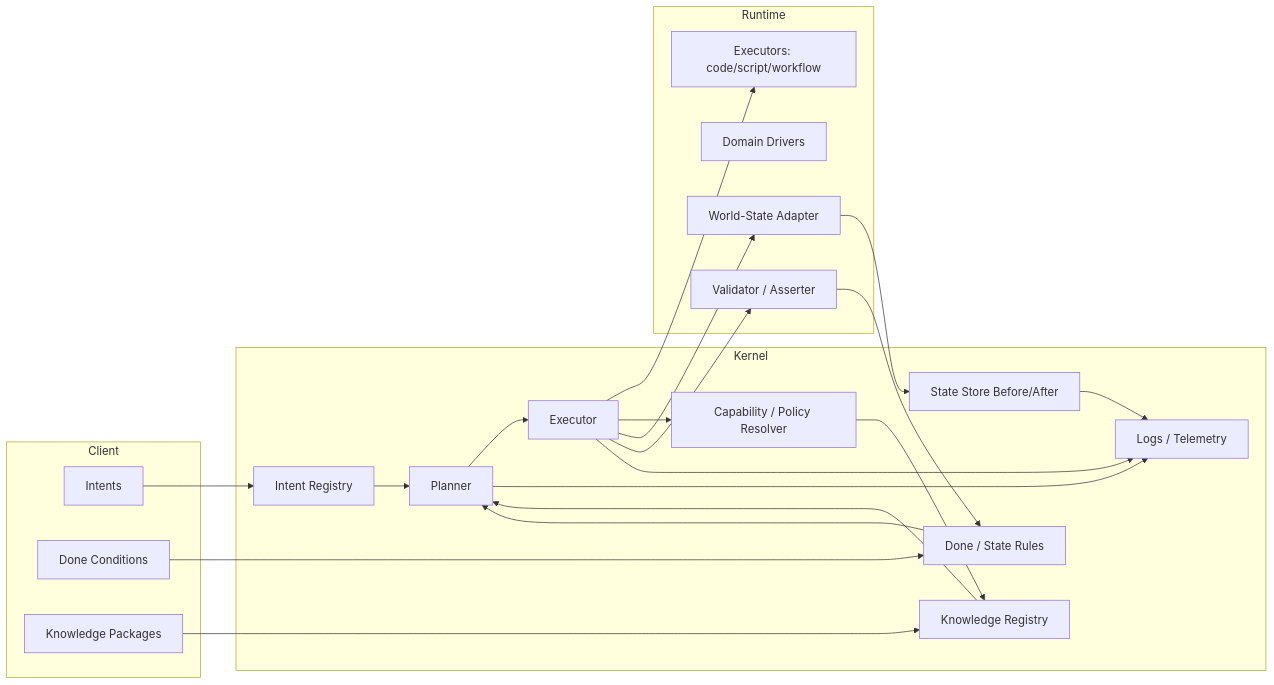
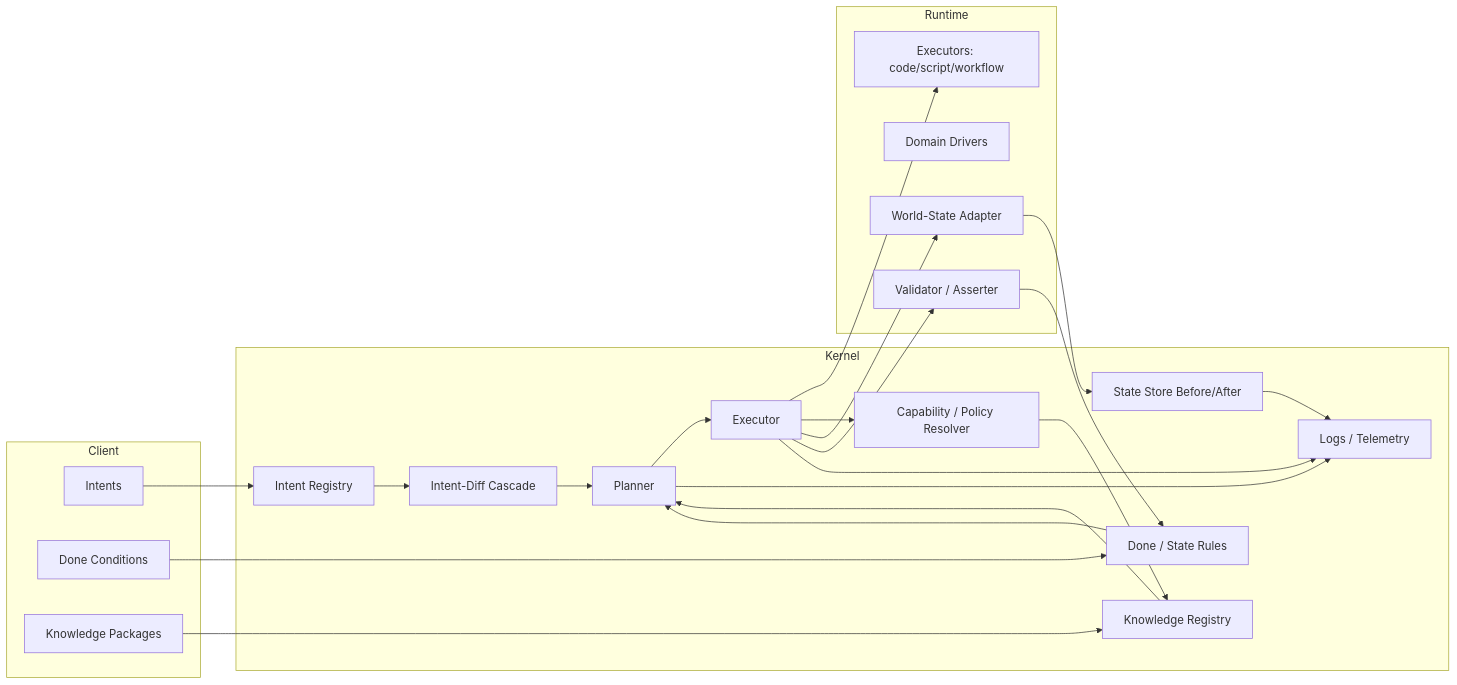
One commit to pikovolt/IKDD_Runtime changed the first of 3 diagrams in docs/Intent_OS_Architecture.md. Above: the diagram before and after it, drawn with Mermaid. The commit also changed 2 other files, not shown here.

Commit message:
docs: Add Intent OS Architecture Overview and update documentation (#48)
* docs: Update Intent OS Architecture to include Intent-Diff Cascade

Add DIFF (Intent-Diff Cascade) component to the Kernel subsystem
and update the data flow diagram to reflect the new architecture
where Intent Registry flows through DIFF before reaching the Planner.

* docs: Add Intent OS Architecture Overview document

Add comprehensive overview document explaining Intent OS core concepts,
architecture layers, Intent-Diff Cascade mechanism, and comparison
with traditional development approaches and other modeling methods.

* docs: Update README to include Intent OS Architecture Overview link

Update main README with refined wording and add link to the new
Intent OS Architecture Overview document in the Concepts & Philosophy
section.

---------

````diff
--- a/docs/Intent_OS_Architecture.md
+++ b/docs/Intent_OS_Architecture.md
@@ -5,50 +5,52 @@
 ```mermaid
 flowchart LR
     subgraph Client
         I[Intents]
         DSpec[Done Conditions]
         Ksnip[Knowledge Packages]
     end
 
     subgraph Kernel
         DIR[Intent Registry]
+        DIFF[Intent-Diff Cascade]
         DNR[Done / State Rules]
         KREG[Knowledge Registry]
         PLAN[Planner]
         EXEC[Executor]
         OBS[Logs / Telemetry]
         STORE[State Store Before/After]
         POL[Capability / Policy Resolver]
     end
 
     subgraph Runtime
         WS[World-State Adapter]
         DRV[Domain Drivers]
         EXE[Executors: code/script/workflow]
         VAL[Validator / Asserter]
     end
 
     I --> DIR
     DSpec --> DNR
     Ksnip --> KREG
 
-    DIR --> PLAN
+    DIR --> DIFF
+    DIFF --> PLAN
     DNR --> PLAN
     KREG --> PLAN
 
     PLAN --> EXEC
 
     EXEC --> EXE
     EXEC --> POL
     POL --> KREG
 
     EXEC --> WS
     WS --> STORE
 
     EXEC --> VAL
     VAL --> DNR
 
     STORE --> OBS
     PLAN --> OBS
     EXEC --> OBS
 ```
````
